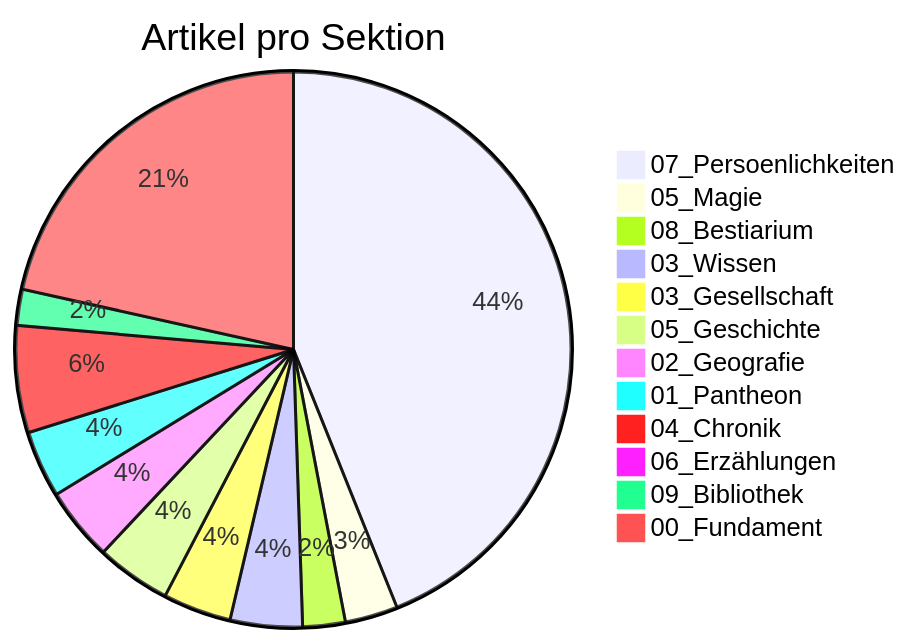
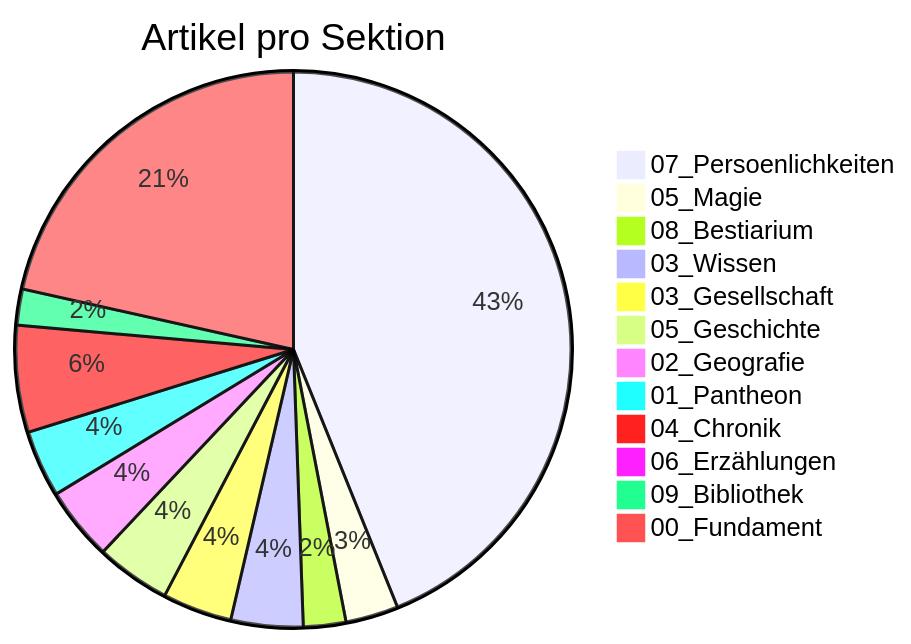
Before and after one commit to Siebenwind/7w_wiki: the diagram in docs/Siebenwind_Wiki/10_Archiv/Wiki_Statistiken.md, drawn with Mermaid. The commit also changed other lines of this file and 108 other files, not shown here.

````diff
--- a/docs/Siebenwind_Wiki/10_Archiv/Wiki_Statistiken.md
+++ b/docs/Siebenwind_Wiki/10_Archiv/Wiki_Statistiken.md
@@ -39,15 +39,15 @@
 ```mermaid
 pie title Artikel pro Sektion
     "07_Persoenlichkeiten" : 586
     "05_Magie" : 41
     "08_Bestiarium" : 33
     "03_Wissen" : 56
-    "03_Gesellschaft" : 53
+    "03_Gesellschaft" : 54
     "05_Geschichte" : 58
     "02_Geografie" : 57
     "01_Pantheon" : 52
     "04_Chronik" : 83
     "06_Erzählungen" : 13
     "09_Bibliothek" : 28
     "00_Fundament" : 287
 ```
````
